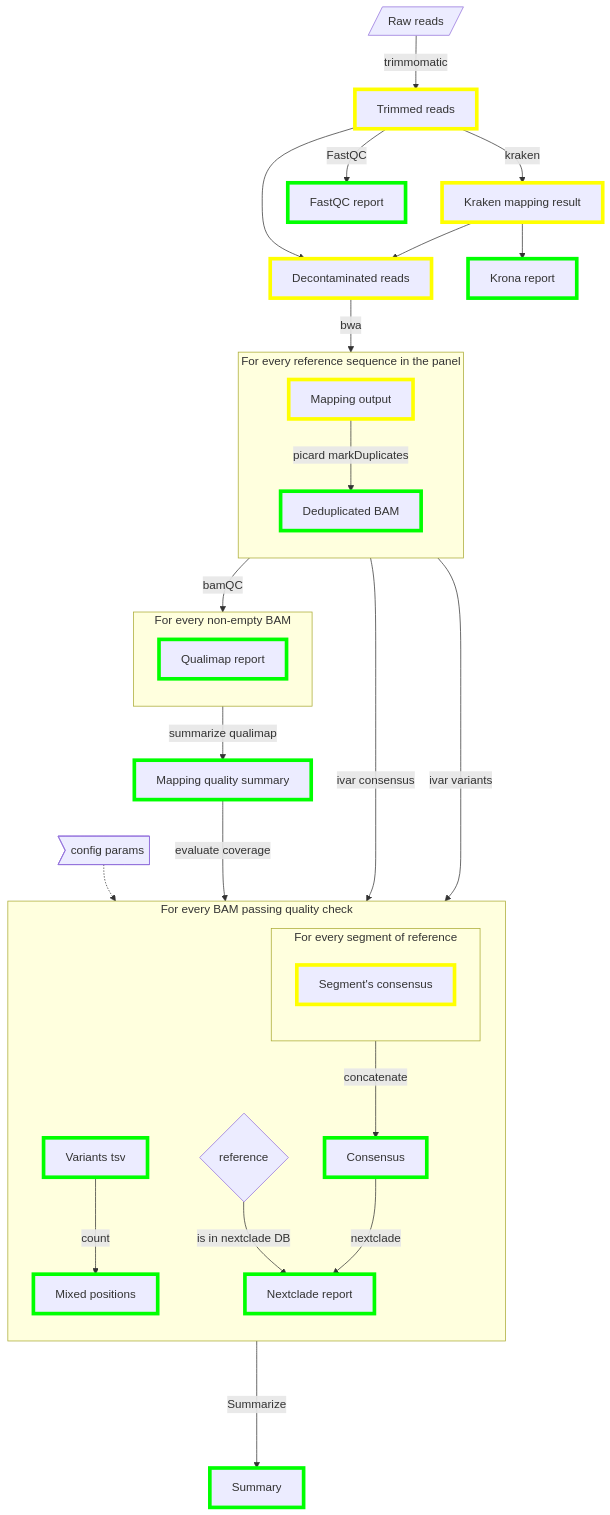
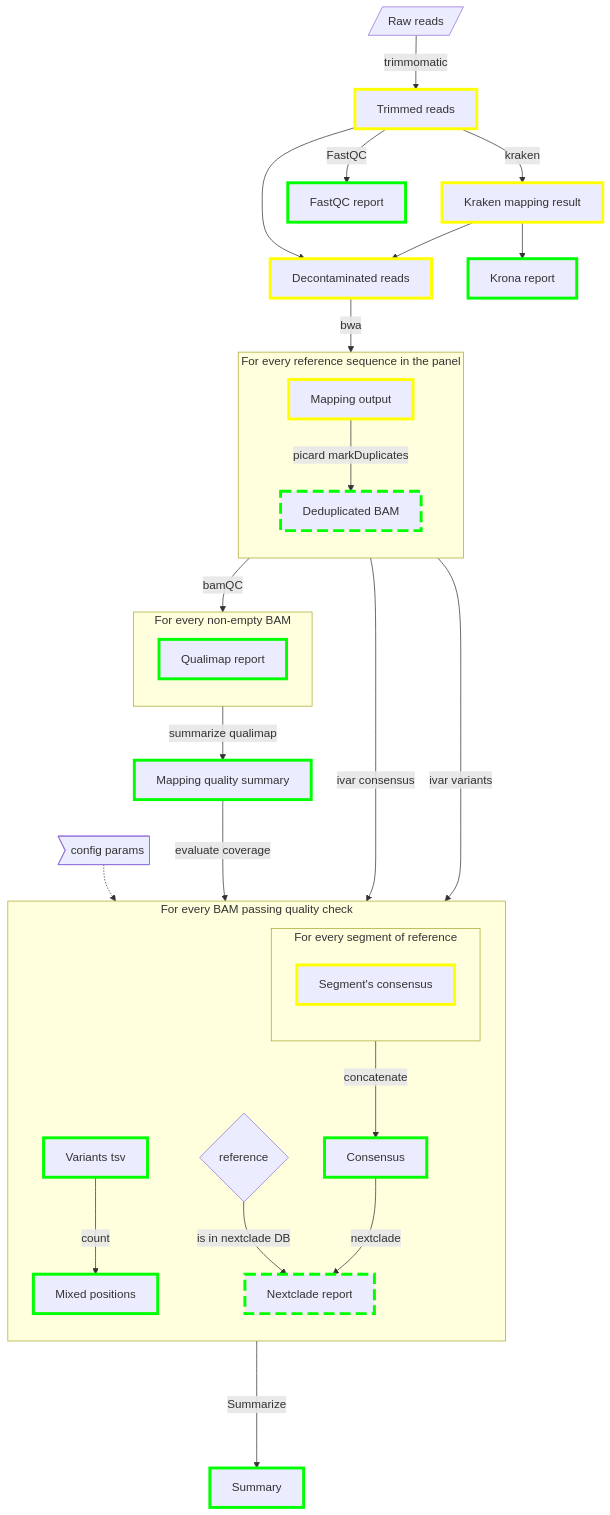
The second of 2 diagrams in resources/diagram.md (cuspuk/workflow_respiratory), drawn with Mermaid before and after one commit. The commit also changed other lines of this file and 5 other files, not shown here.

````diff
--- a/resources/diagram.md
+++ b/resources/diagram.md
@@ -20,61 +20,62 @@
 ```mermaid
 flowchart TB;
-  classDef OUTPUT stroke:#00ff00,stroke-width:5px;
-  classDef TEMP stroke:#ffff00,stroke-width:5px;
+  classDef OUTPUT stroke:#00ff00,stroke-width:4px;
+  classDef TEMP stroke:#ffff00,stroke-width:4px;
+  classDef NOREPORT stroke:#00ff00,stroke-width:4px, stroke-dasharray: 15 7;
 
   A[/Raw reads/];
   B[Trimmed reads]:::TEMP;
   F[Decontaminated reads]:::TEMP;
   C[Kraken mapping result]:::TEMP;
   E[Krona report]:::OUTPUT;
   D[FastQC report]:::OUTPUT;
   Z[Summary]:::OUTPUT;
   H[Mapping quality summary]:::OUTPUT;
 
   A-->|trimmomatic|B;
   B-->|kraken|C;
   C-->E;
   B-->F;
   C-->F;
   F-->|bwa|S1;
   B-->|FastQC|D;
 
   S1-->|bamQC|S2;
   S2-->|summarize qualimap|H;
   H--->|evaluate coverage|S3;
   S1-->|ivar consensus|S3_S1;
   S1-->|ivar variants|S3_1;
   S3---->|Summarize|Z;
 
   O>config params]-.->S3_2;
 
   subgraph S1[For every reference sequence in the panel];
   direction TB;
     S1_0[Mapping output]:::TEMP;
-    S1_1[Deduplicated BAM]:::OUTPUT;
+    S1_1[Deduplicated BAM]:::NOREPORT;
     S1_0-->|picard markDuplicates|S1_1;
   end;
 
   subgraph S2[For every non-empty BAM]
   direction TB;
     S2_0[Qualimap report]:::OUTPUT;
   end;
 
   subgraph S3[For every BAM passing quality check]
   direction TB;
     S3_D{reference};
     S3_0[Consensus]:::OUTPUT;
     S3_1[Variants tsv]:::OUTPUT;
     S3_2[Mixed positions]:::OUTPUT;
-    S3_3[Nextclade report]:::OUTPUT;
+    S3_3[Nextclade report]:::NOREPORT;
     S3_S1-->|concatenate|S3_0;
     S3_1-->|count|S3_2;
     S3_D-->|is in nextclade DB|S3_3;
     S3_0-->|nextclade|S3_3;
   end;
 
   subgraph S3_S1[For every segment of reference];
   direction TB;
     S3_S1_0[Segment's consensus]:::TEMP;
   end;
 ```
````
